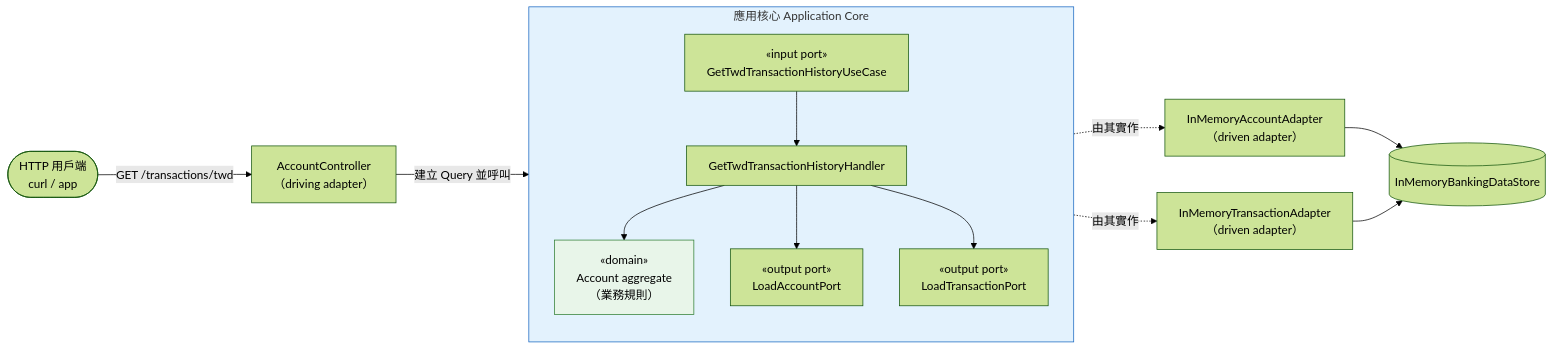
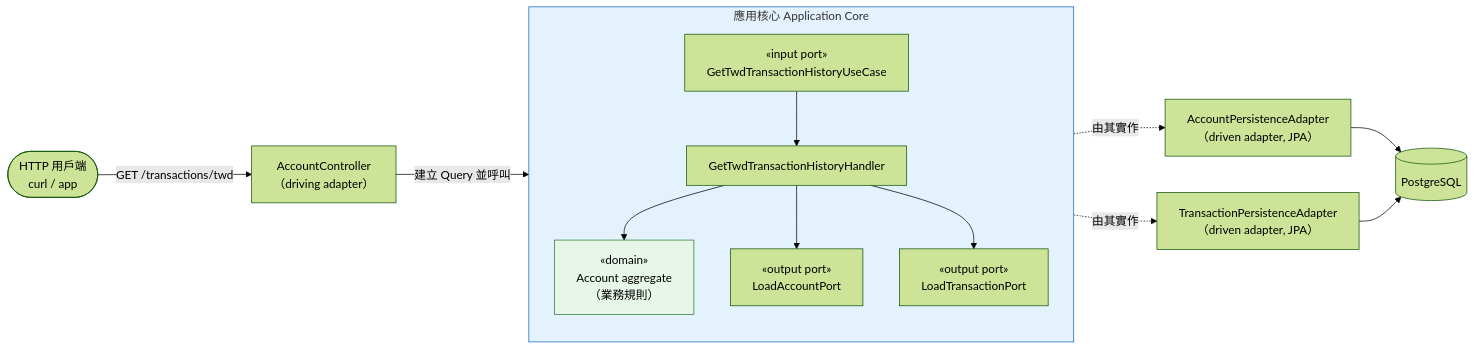
The second of 7 diagrams in README.md (ChunPingWang/spring-boot-ddd-hexagonal-cqrs-tutorial), drawn with Mermaid (forest theme) before and after one commit. The commit also changed other lines of this file and 27 other files, not shown here.

First line of the commit message:
功能：以 JPA + PostgreSQL + Flyway 取代記憶體持久化，整合測試走 Testcontainers

````diff
--- a/README.md
+++ b/README.md
@@ -163,32 +169,32 @@
 ```mermaid
 flowchart LR
     Client(["HTTP 用戶端<br/>curl / app"])
 
     subgraph Core["應用核心 Application Core"]
         direction TB
         InPort["«input port»<br/>GetTwdTransactionHistoryUseCase"]
         Handler["GetTwdTransactionHistoryHandler"]
         OutPort1["«output port»<br/>LoadAccountPort"]
         OutPort2["«output port»<br/>LoadTransactionPort"]
         Domain["«domain»<br/>Account aggregate<br/>（業務規則）"]
         InPort --> Handler
         Handler --> Domain
         Handler --> OutPort1
         Handler --> OutPort2
     end
 
     Controller["AccountController<br/>（driving adapter）"]
-    AccAdapter["InMemoryAccountAdapter<br/>（driven adapter）"]
-    TxAdapter["InMemoryTransactionAdapter<br/>（driven adapter）"]
-    Store[("InMemoryBankingDataStore")]
+    AccAdapter["AccountPersistenceAdapter<br/>（driven adapter, JPA）"]
+    TxAdapter["TransactionPersistenceAdapter<br/>（driven adapter, JPA）"]
+    Store[("PostgreSQL")]
 
     Client -->|GET /transactions/twd| Controller
     Controller -->|建立 Query 並呼叫| InPort
     OutPort1 -. 由其實作 .-> AccAdapter
     OutPort2 -. 由其實作 .-> TxAdapter
     AccAdapter --> Store
     TxAdapter --> Store
 
     style Core fill:#e3f2fd,stroke:#1565c0
     style Domain fill:#e8f5e9,stroke:#2e7d32
 ```
````
